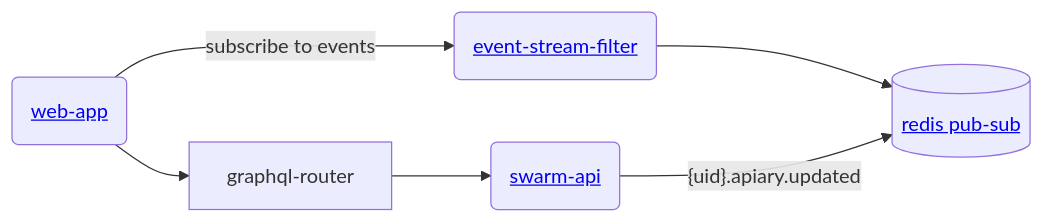
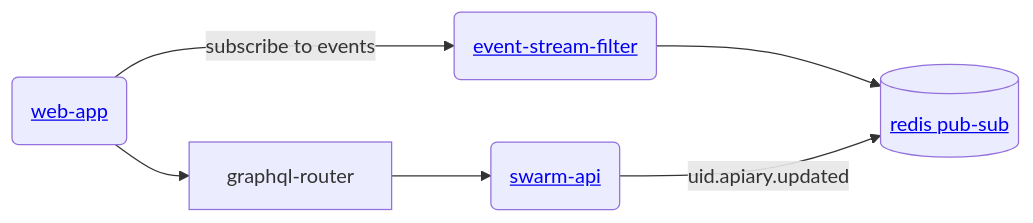
One commit to Gratheon/event-stream-filter changed the diagram in README.md. Above: the diagram before and after it, drawn with Mermaid.

````diff
--- a/README.md
+++ b/README.md
@@ -7,7 +7,7 @@
 ```mermaid
 flowchart LR
     web-app("<a href='https://github.com/Gratheon/web-app'>web-app</a>") --> graphql-router
     web-app --"subscribe to events"--> event-stream-filter("<a href='https://github.com/Gratheon/event-stream-filter'>event-stream-filter</a>") --> redis
     
-    graphql-router --> swarm-api("<a href='https://github.com/Gratheon/swarm-api'>swarm-api</a>") --{uid}.apiary.updated--> redis[("<a href='https://github.com/Gratheon/redis'>redis pub-sub</a>")]    
+    graphql-router --> swarm-api("<a href='https://github.com/Gratheon/swarm-api'>swarm-api</a>") --uid.apiary.updated--> redis[("<a href='https://github.com/Gratheon/redis'>redis pub-sub</a>")]    
 ```
````
